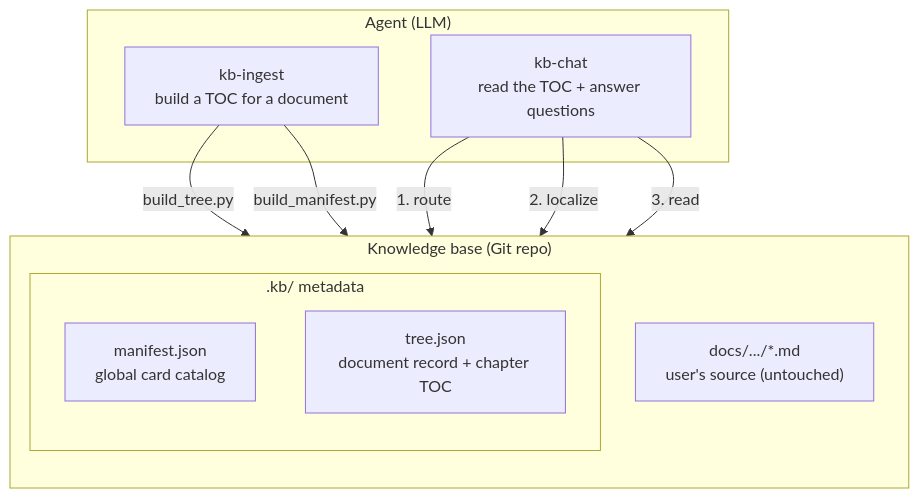
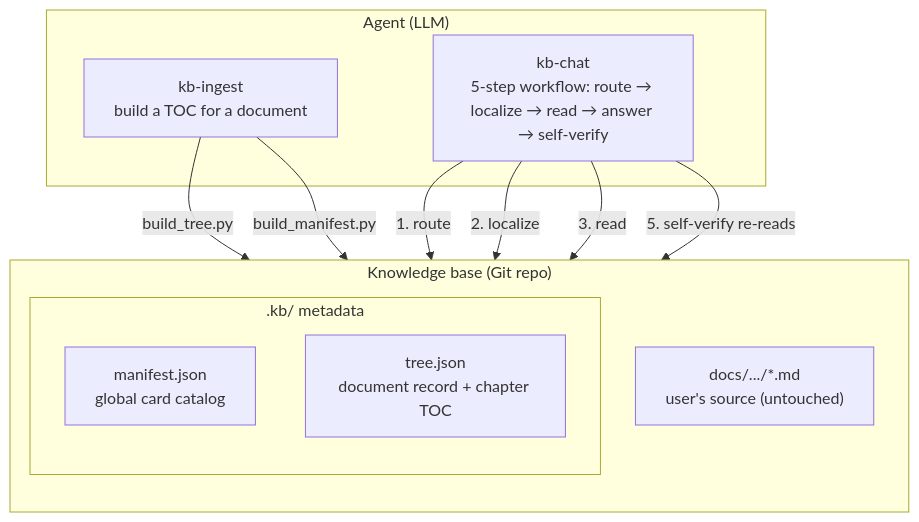
The second of 3 diagrams in README.md (waylondev/kb-pilot), drawn with Mermaid before and after one commit. The commit also changed 1 other file, not shown here.

Commit message:
docs: update README and FAQ for kb-pilot workflow and details
Update the kb-chat workflow description in README to reflect the 5-step process, add the self-verify step diagram. Expand FAQ with new scope, trade-offs, and version awareness explanations, clarify tree.json content.

````diff
--- a/README.md
+++ b/README.md
@@ -90,22 +90,23 @@
 ```mermaid
 graph TB
     subgraph Agent["Agent (LLM)"]
         INGEST["kb-ingest<br/>build a TOC for a document"]
-        CHAT["kb-chat<br/>read the TOC + answer questions"]
+        CHAT["kb-chat<br/>5-step workflow: route → localize → read → answer → self-verify"]
     end
 
     subgraph KB["Knowledge base (Git repo)"]
         direction TB
         subgraph Meta[".kb/ metadata"]
             MANIFEST["manifest.json<br/>global card catalog"]
             TREE["tree.json<br/>document record + chapter TOC"]
         end
         SOURCE["docs/.../*.md<br/>user's source (untouched)"]
     end
 
     INGEST -->|"build_tree.py"| TREE
     INGEST -->|"build_manifest.py"| MANIFEST
     CHAT -->|"1. route"| MANIFEST
     CHAT -->|"2. localize"| TREE
     CHAT -->|"3. read"| SOURCE
+    CHAT -->|"5. self-verify re-reads"| SOURCE
 ```
````
